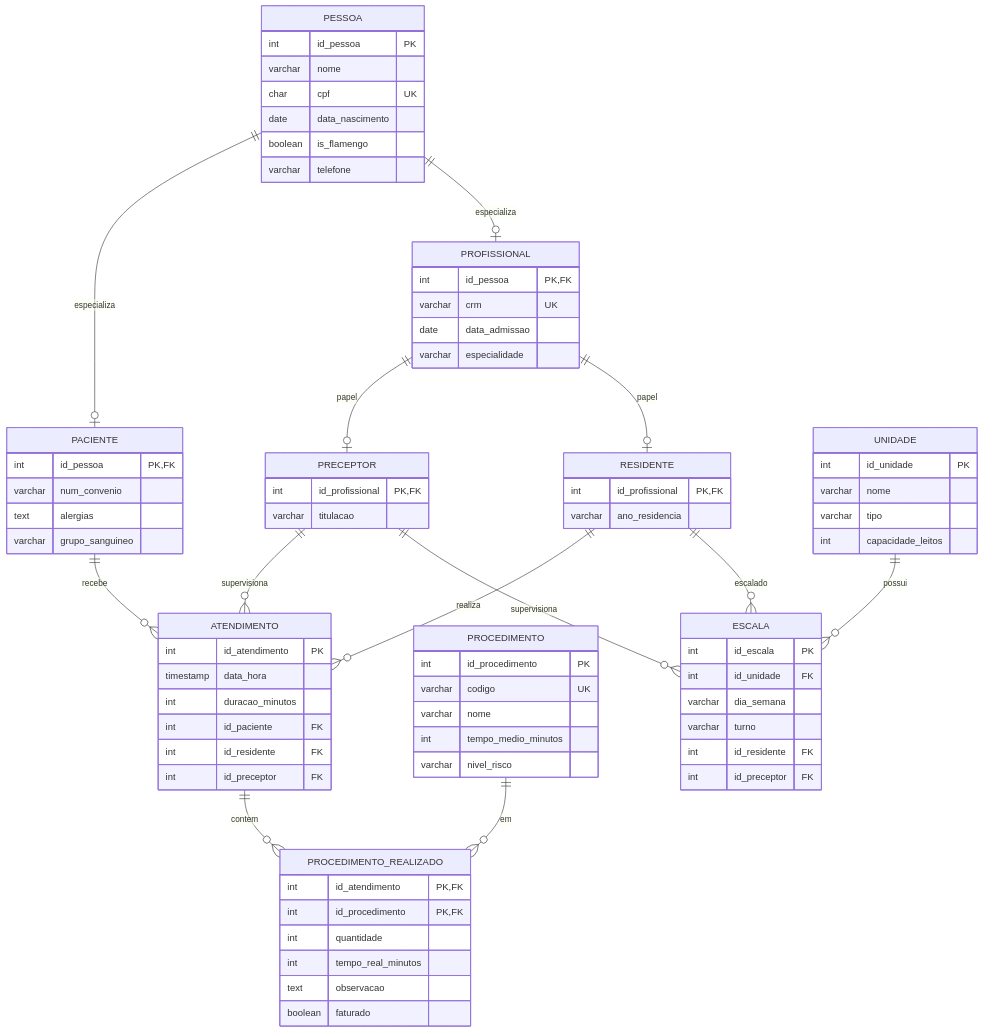
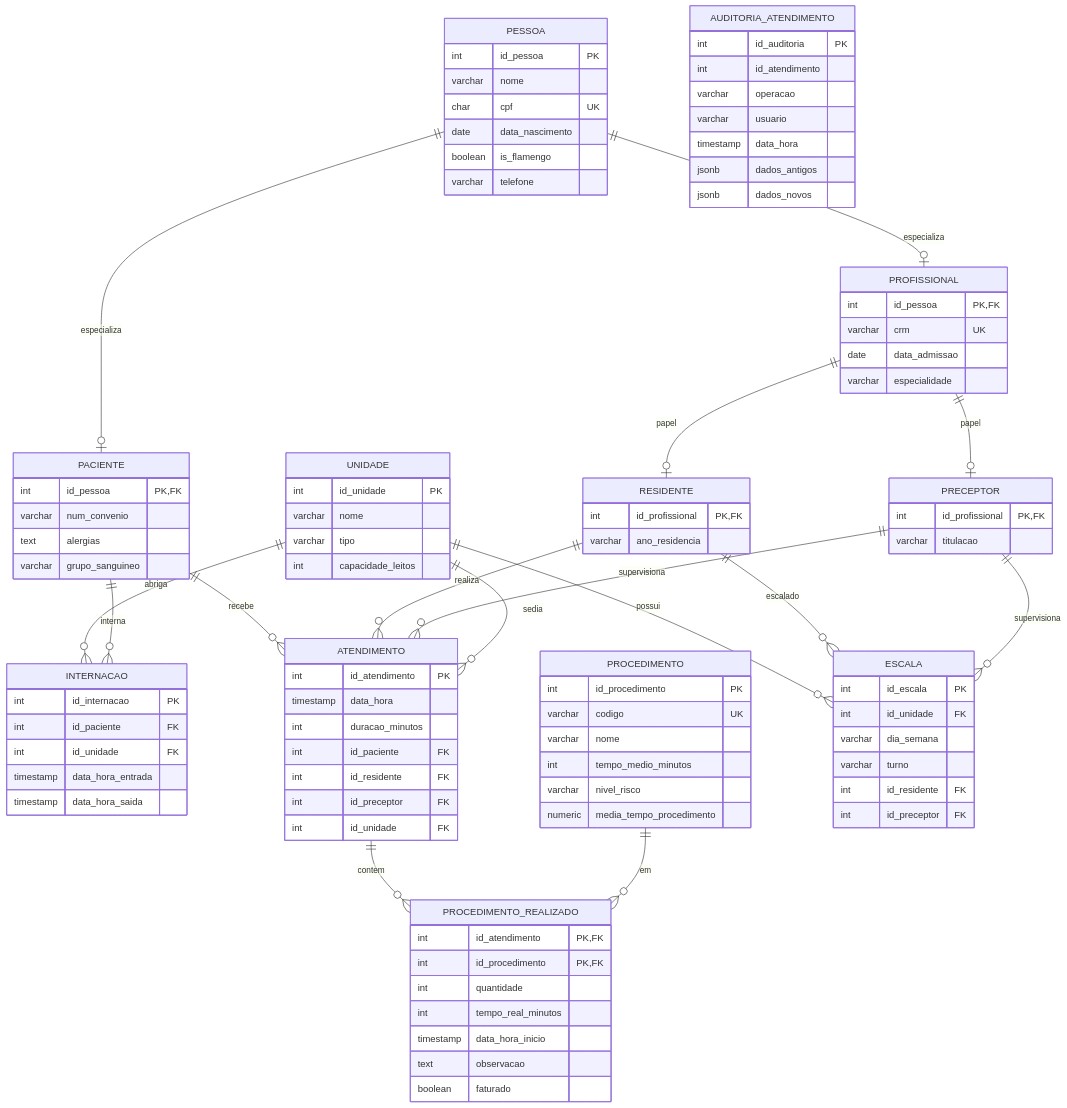
One commit to luigischmitt/projeto-bd changed the diagram in docs/modelagem.md. Above: the diagram before and after it, drawn with Mermaid. The commit also changed other lines of this file and 1 other file, not shown here.

````diff
--- a/docs/modelagem.md
+++ b/docs/modelagem.md
@@ -137,6 +141,22 @@
     int id_profissional PK, FK
     varchar titulacao
   }
+  INTERNACAO {
+    int id_internacao PK
+    int id_paciente FK
+    int id_unidade FK
+    timestamp data_hora_entrada
+    timestamp data_hora_saida
+  }
+  AUDITORIA_ATENDIMENTO {
+    int id_auditoria PK
+    int id_atendimento
+    varchar operacao
+    varchar usuario
+    timestamp data_hora
+    jsonb dados_antigos
+    jsonb dados_novos
+  }
   RESIDENTE {
     int id_profissional PK, FK
     varchar ano_residencia
@@ -154,6 +174,7 @@
     int id_paciente FK
     int id_residente FK
     int id_preceptor FK
+    int id_unidade FK
   }
   PROCEDIMENTO {
     int id_procedimento PK
@@ -161,12 +182,14 @@
     varchar nome
     int tempo_medio_minutos
     varchar nivel_risco
+    numeric media_tempo_procedimento
   }
   PROCEDIMENTO_REALIZADO {
     int id_atendimento PK, FK
     int id_procedimento PK, FK
     int quantidade
     int tempo_real_minutos
+    timestamp data_hora_inicio
     text observacao
     boolean faturado
   }
@@ -189,6 +212,9 @@
   ATENDIMENTO ||--o{ PROCEDIMENTO_REALIZADO : contem
   PROCEDIMENTO ||--o{ PROCEDIMENTO_REALIZADO : em
   UNIDADE ||--o{ ESCALA : possui
+  UNIDADE ||--o{ ATENDIMENTO : sedia
+  UNIDADE ||--o{ INTERNACAO : abriga
+  PACIENTE ||--o{ INTERNACAO : interna
   RESIDENTE ||--o{ ESCALA : escalado
   PRECEPTOR ||--o{ ESCALA : supervisiona
 ```
````
